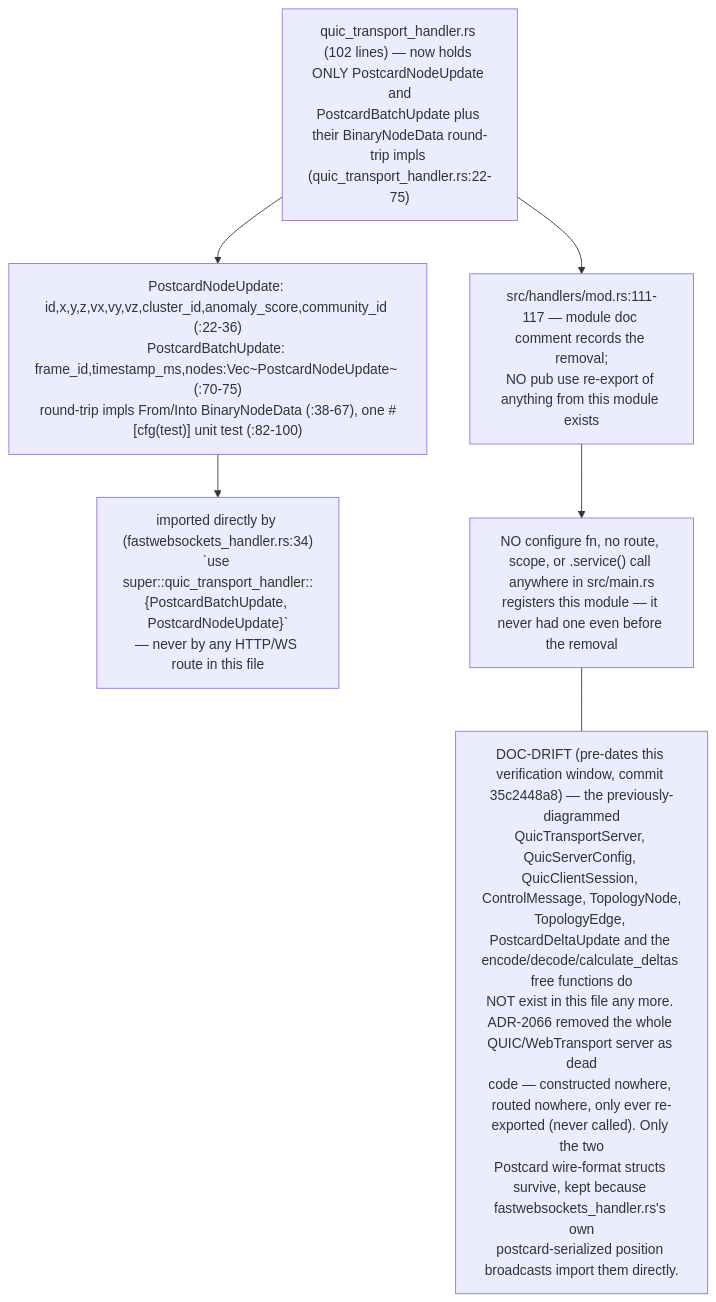
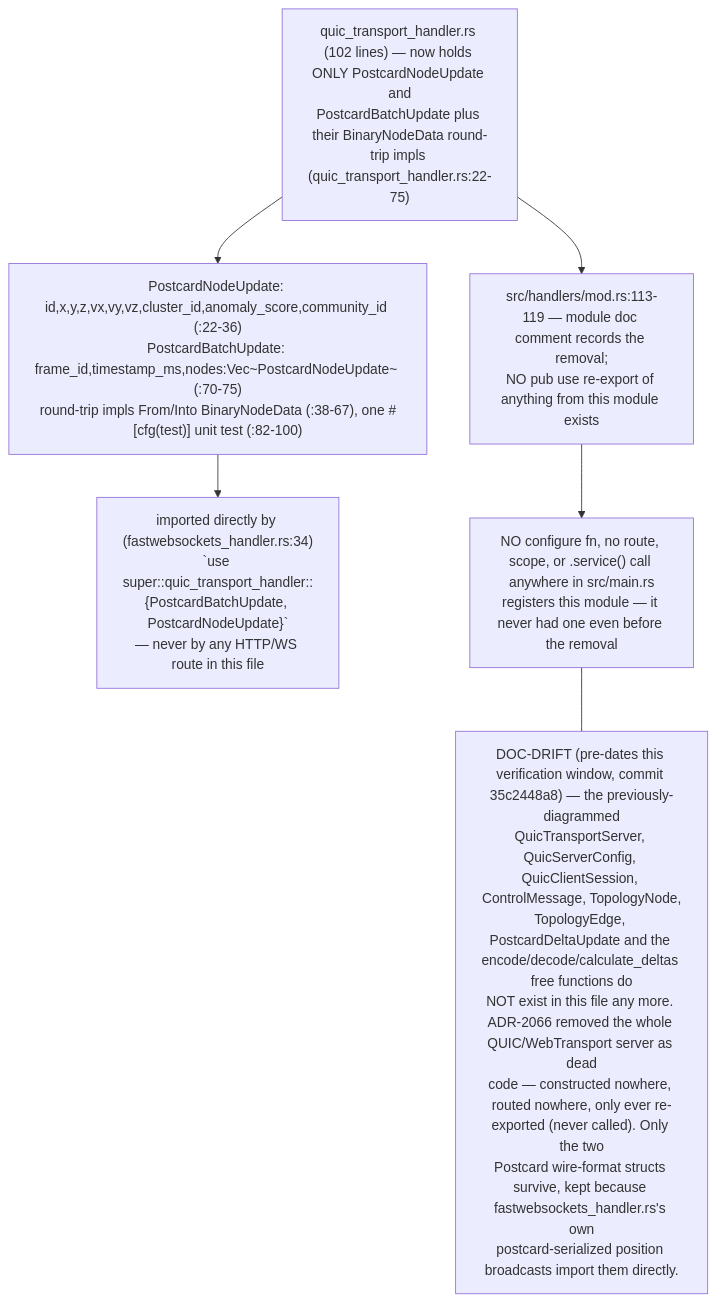
Diagram 23 of 23 in docs/diagrams/visionclaw/04-handlers-graph-and-state.md (DreamLab-AI/VisionFlow), drawn with Mermaid before and after one commit. The commit also changed other lines of this file and 4 other files, not shown here.

Commit message:
docs(diagrams): visionclaw 01 and 04 after the graph_state_handler removal

````diff
--- a/docs/diagrams/visionclaw/04-handlers-graph-and-state.md
+++ b/docs/diagrams/visionclaw/04-handlers-graph-and-state.md
@@ -1064,12 +1030,12 @@
 ```mermaid
 flowchart TB
     Q["quic_transport_handler.rs (102 lines) — now holds ONLY PostcardNodeUpdate and<br/>PostcardBatchUpdate plus their BinaryNodeData round-trip impls (quic_transport_handler.rs:22-75)"]
     FIELDS["PostcardNodeUpdate: id,x,y,z,vx,vy,vz,cluster_id,anomaly_score,community_id (:22-36)<br/>PostcardBatchUpdate: frame_id,timestamp_ms,nodes:Vec~PostcardNodeUpdate~ (:70-75)<br/>round-trip impls From/Into BinaryNodeData (:38-67), one #[cfg(test)] unit test (:82-100)"]
     IMP["imported directly by (fastwebsockets_handler.rs:34)<br/>`use super::quic_transport_handler::{PostcardBatchUpdate, PostcardNodeUpdate}`<br/>— never by any HTTP/WS route in this file"]
-    MODRS["src/handlers/mod.rs:111-117 — module doc comment records the removal;<br/>NO pub use re-export of anything from this module exists"]
+    MODRS["src/handlers/mod.rs:113-119 — module doc comment records the removal;<br/>NO pub use re-export of anything from this module exists"]
     NONE["NO configure fn, no route, scope, or .service() call anywhere in src/main.rs<br/>registers this module — it never had one even before the removal"]
     Q --> FIELDS --> IMP
     Q --> MODRS --> NONE
     D1["DOC-DRIFT (pre-dates this verification window, commit 35c2448a8) — the previously-diagrammed<br/>QuicTransportServer, QuicServerConfig, QuicClientSession, ControlMessage, TopologyNode,<br/>TopologyEdge, PostcardDeltaUpdate and the encode/decode/calculate_deltas free functions do<br/>NOT exist in this file any more. ADR-2066 removed the whole QUIC/WebTransport server as dead<br/>code — constructed nowhere, routed nowhere, only ever re-exported (never called). Only the two<br/>Postcard wire-format structs survive, kept because fastwebsockets_handler.rs's own<br/>postcard-serialized position broadcasts import them directly."]
     NONE --- D1
 ```
````
